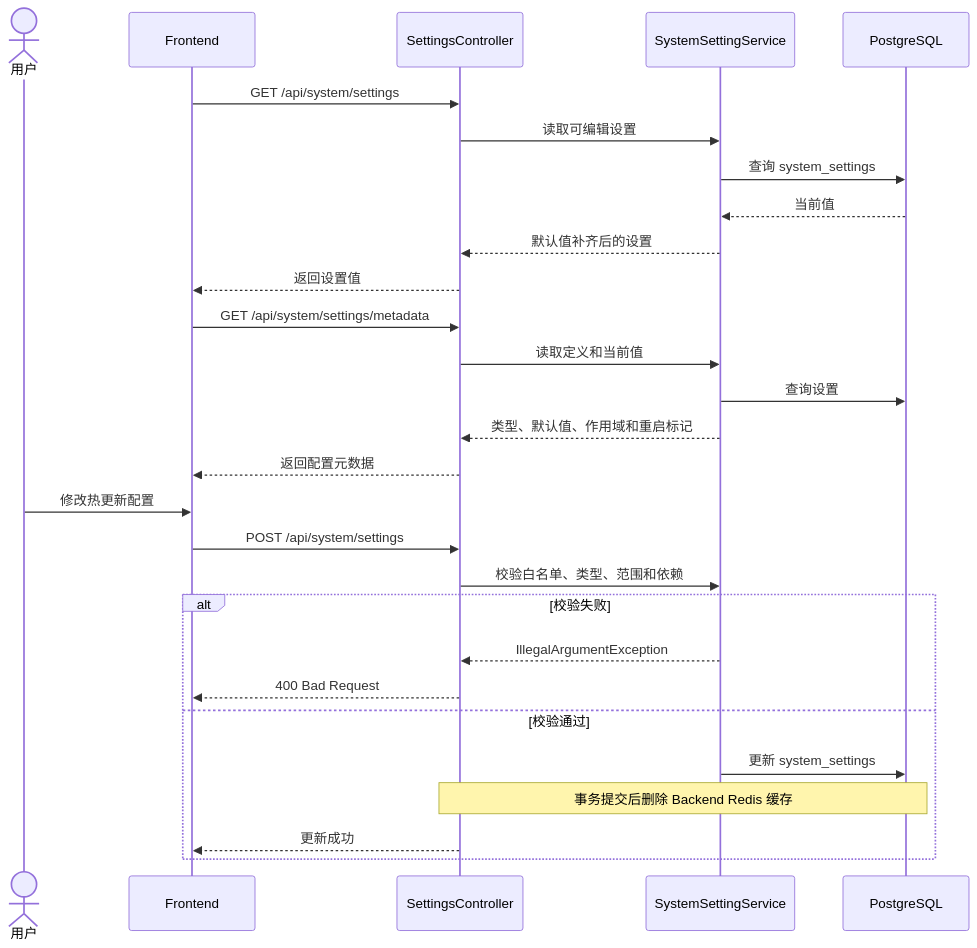
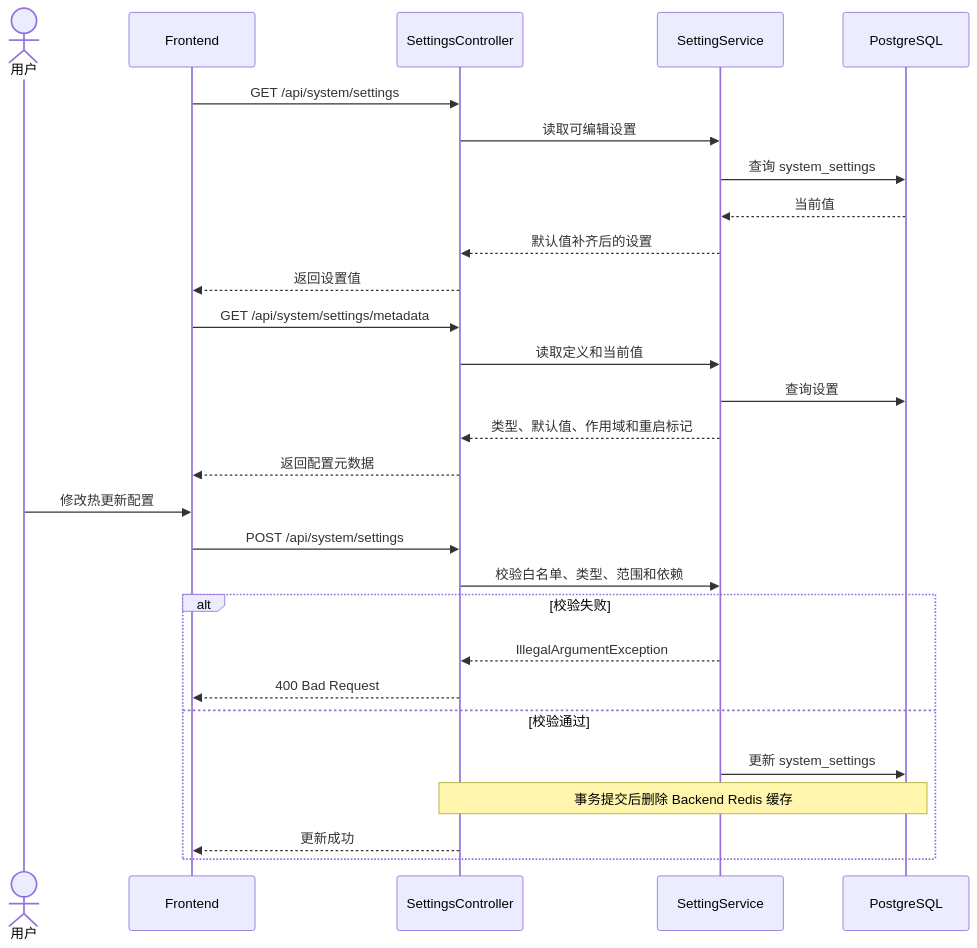
One commit to tamakara/bakabooru changed the sixth of 7 diagrams in docs/architecture.md. Above: the diagram before and after it, drawn with Mermaid. The commit also changed other lines of this file and 21 other files, not shown here.

````diff
--- a/docs/architecture.md
+++ b/docs/architecture.md
@@ -152,33 +153,33 @@
 ```mermaid
 sequenceDiagram
     actor User as 用户
     participant UI as Frontend
     participant API as SettingsController
-    participant Service as SystemSettingService
+    participant Service as SettingService
     participant DB as PostgreSQL
 
     UI->>API: GET /api/system/settings
     API->>Service: 读取可编辑设置
     Service->>DB: 查询 system_settings
     DB-->>Service: 当前值
     Service-->>API: 默认值补齐后的设置
     API-->>UI: 返回设置值
 
     UI->>API: GET /api/system/settings/metadata
     API->>Service: 读取定义和当前值
     Service->>DB: 查询设置
     Service-->>API: 类型、默认值、作用域和重启标记
     API-->>UI: 返回配置元数据
 
     User->>UI: 修改热更新配置
     UI->>API: POST /api/system/settings
     API->>Service: 校验白名单、类型、范围和依赖
     alt 校验失败
         Service-->>API: IllegalArgumentException
         API-->>UI: 400 Bad Request
     else 校验通过
         Service->>DB: 更新 system_settings
         Note over API,DB: 事务提交后删除 Backend Redis 缓存
         API-->>UI: 更新成功
     end
 ```
````
